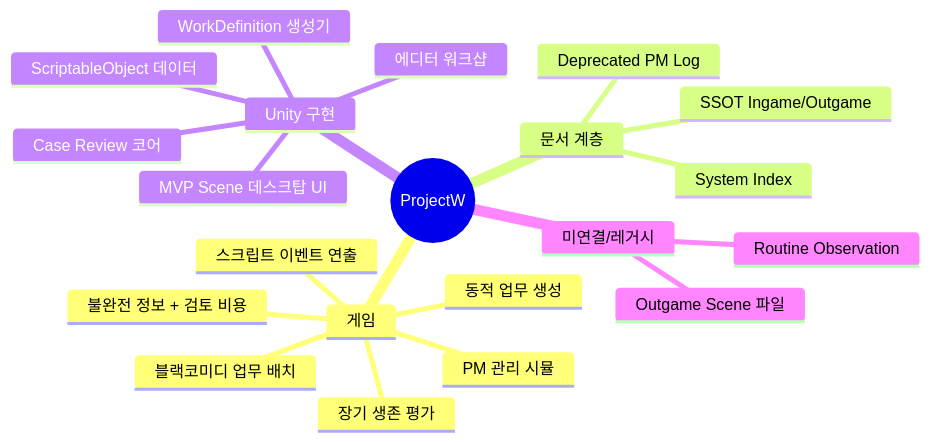
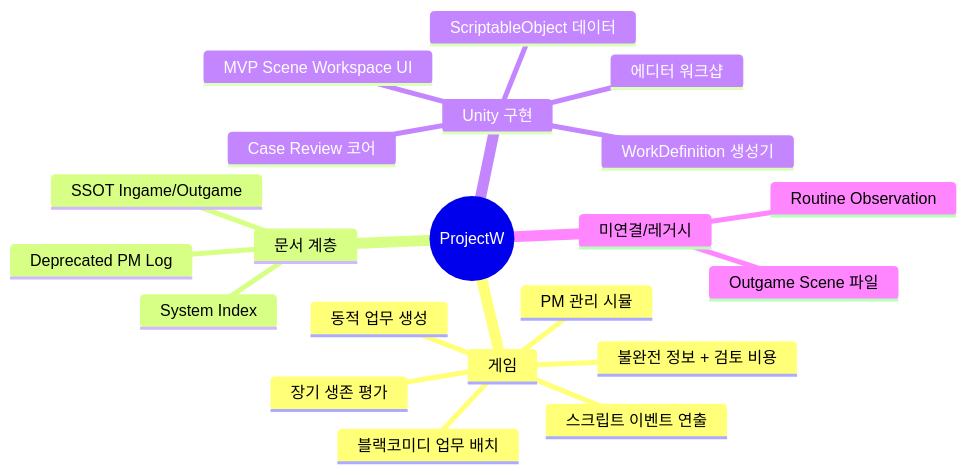
Before and after one commit to BaekNothing/ProjectW: the first of 18 diagrams in Assets/Specification/Architecture – ProjectW System Overview.md, drawn with Mermaid. The commit also changed other lines of this file and 3 other files, not shown here.

````diff
--- a/Assets/Specification/Architecture – ProjectW System Overview.md
+++ b/Assets/Specification/Architecture – ProjectW System Overview.md
@@ -48,24 +48,24 @@
 ```mermaid
 mindmap
   root((ProjectW))
     게임
       PM 관리 시뮬
       블랙코미디 업무 배치
       장기 생존 평가
       동적 업무 생성
       불완전 정보 + 검토 비용
       스크립트 이벤트 연출
     문서 계층
       System Index
       SSOT Ingame/Outgame
       Deprecated PM Log
     Unity 구현
       Case Review 코어
-      MVP Scene 데스크탑 UI
+      MVP Scene Workspace UI
       WorkDefinition 생성기
       ScriptableObject 데이터
       에디터 워크샵
     미연결/레거시
       Routine Observation
       Outgame Scene 파일
 ```
````
